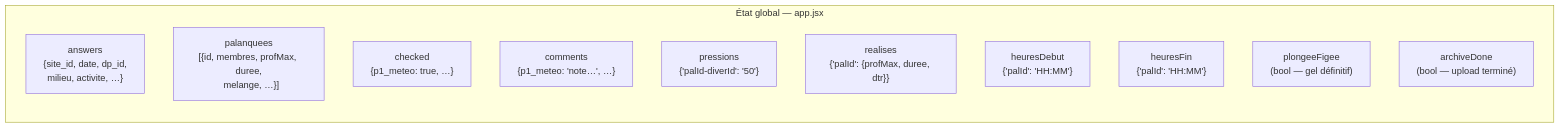
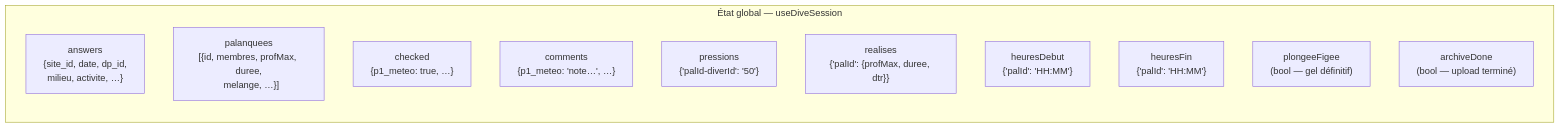
The third of 7 diagrams in README.md (NicholasJallan/dp-fede), drawn with Mermaid before and after one commit. The commit also changed other lines of this file and 148 other files, not shown here.

````diff
--- a/README.md
+++ b/README.md
@@ -170,15 +196,15 @@
 ```mermaid
 graph LR
-    subgraph "État global — app.jsx"
+    subgraph "État global — useDiveSession"
         answers["answers\n{site_id, date, dp_id,\n milieu, activite, …}"]
         palanquees["palanquees\n[{id, membres, profMax, duree,\n  melange, …}]"]
         checked["checked\n{p1_meteo: true, …}"]
         comments["comments\n{p1_meteo: 'note…', …}"]
         pressions["pressions\n{'palId-diverId': '50'}"]
         realises["realises\n{'palId': {profMax, duree, dtr}}"]
         heuresDebut["heuresDebut\n{'palId': 'HH:MM'}"]
         heuresFin["heuresFin\n{'palId': 'HH:MM'}"]
         plongeeFigee["plongeeFigee\n(bool — gel définitif)"]
         archiveDone["archiveDone\n(bool — upload terminé)"]
     end
 ```
````
